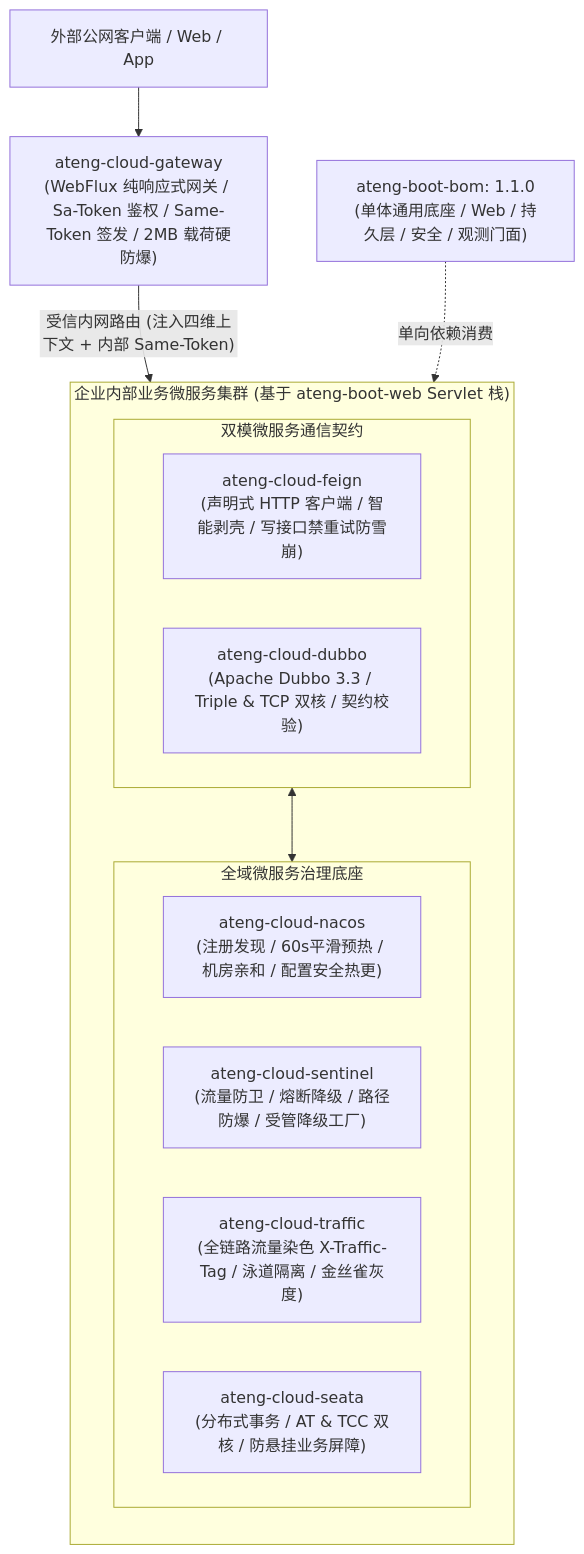
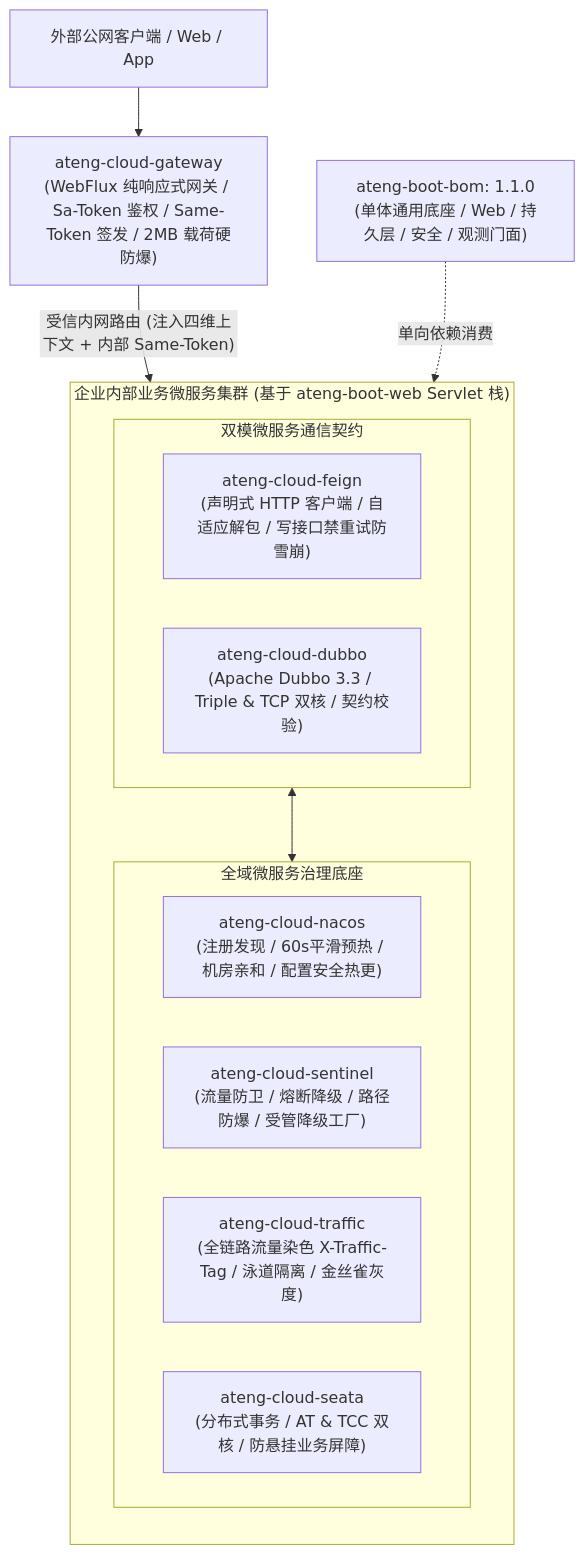
The diagram in README.md (atengk/ateng-cloud), drawn with Mermaid before and after one commit. The commit also changed other lines of this file and 9 other files, not shown here.

````diff
--- a/README.md
+++ b/README.md
@@ -20,26 +20,26 @@
 ```mermaid
 flowchart TD
     Client["外部公网客户端 / Web / App"] --> Gateway["ateng-cloud-gateway<br>(WebFlux 纯响应式网关 / Sa-Token 鉴权 / Same-Token 签发 / 2MB 载荷硬防爆)"]
 
     Gateway -->|"受信内网路由 (注入四维上下文 + 内部 Same-Token)"| InternalCluster
 
     subgraph InternalCluster ["企业内部业务微服务集群 (基于 ateng-boot-web Servlet 栈)"]
         direction TB
         
         subgraph RPCLink ["双模微服务通信契约"]
-            Feign["ateng-cloud-feign<br>(声明式 HTTP 客户端 / 智能剥壳 / 写接口禁重试防雪崩)"]
+            Feign["ateng-cloud-feign<br>(声明式 HTTP 客户端 / 自适应解包 / 写接口禁重试防雪崩)"]
             Dubbo["ateng-cloud-dubbo<br>(Apache Dubbo 3.3 / Triple & TCP 双核 / 契约校验)"]
         end
 
         subgraph Governance ["全域微服务治理底座"]
             Nacos["ateng-cloud-nacos<br>(注册发现 / 60s平滑预热 / 机房亲和 / 配置安全热更)"]
             Sentinel["ateng-cloud-sentinel<br>(流量防卫 / 熔断降级 / 路径防爆 / 受管降级工厂)"]
             Traffic["ateng-cloud-traffic<br>(全链路流量染色 X-Traffic-Tag / 泳道隔离 / 金丝雀灰度)"]
             Seata["ateng-cloud-seata<br>(分布式事务 / AT & TCC 双核 / 防悬挂业务屏障)"]
         end
 
         RPCLink <--> Governance
     end
 
     UpstreamBoot["ateng-boot-bom: 1.1.0<br>(单体通用底座 / Web / 持久层 / 安全 / 观测门面)"] -.->|"单向依赖消费"| InternalCluster
 ```
````
